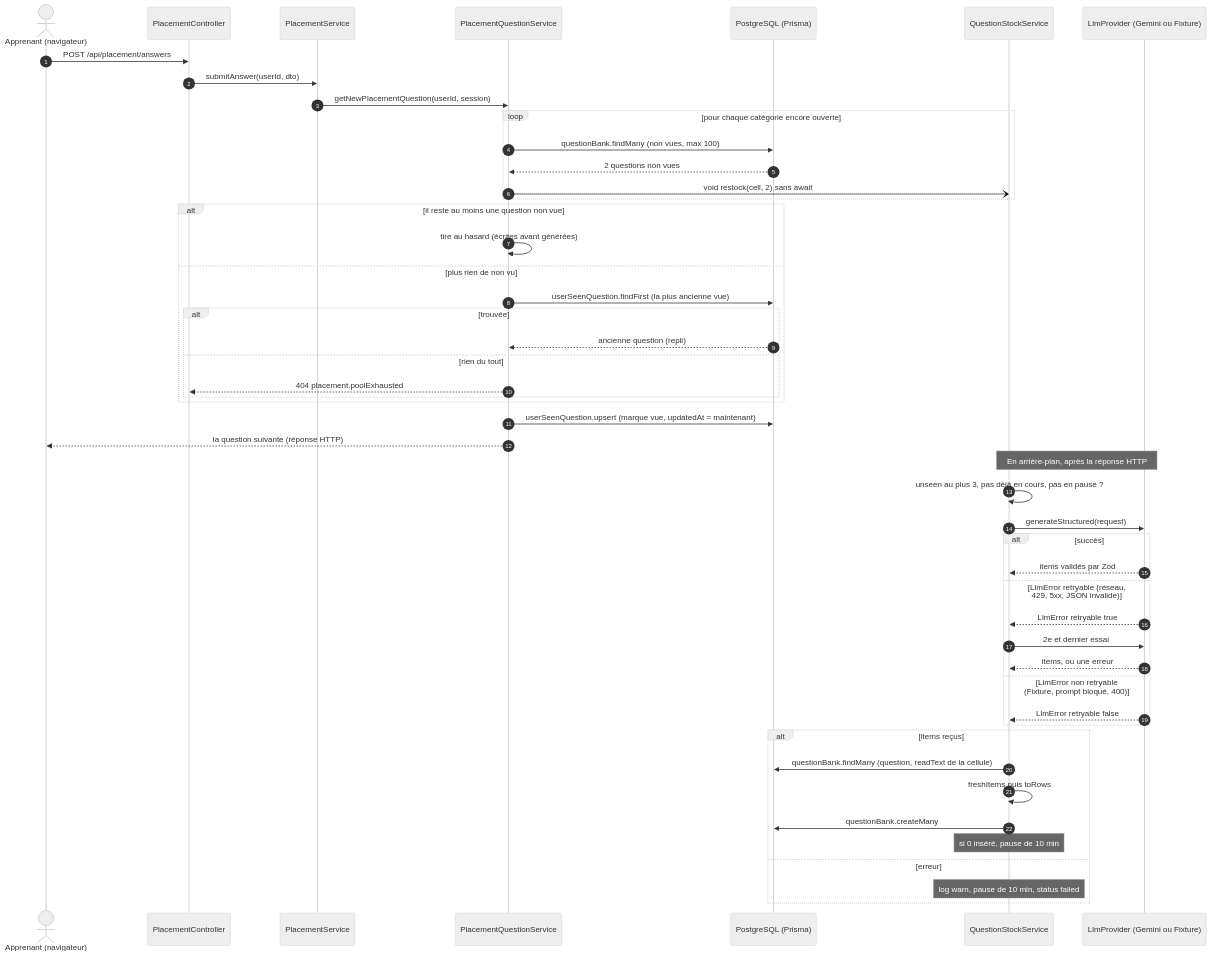
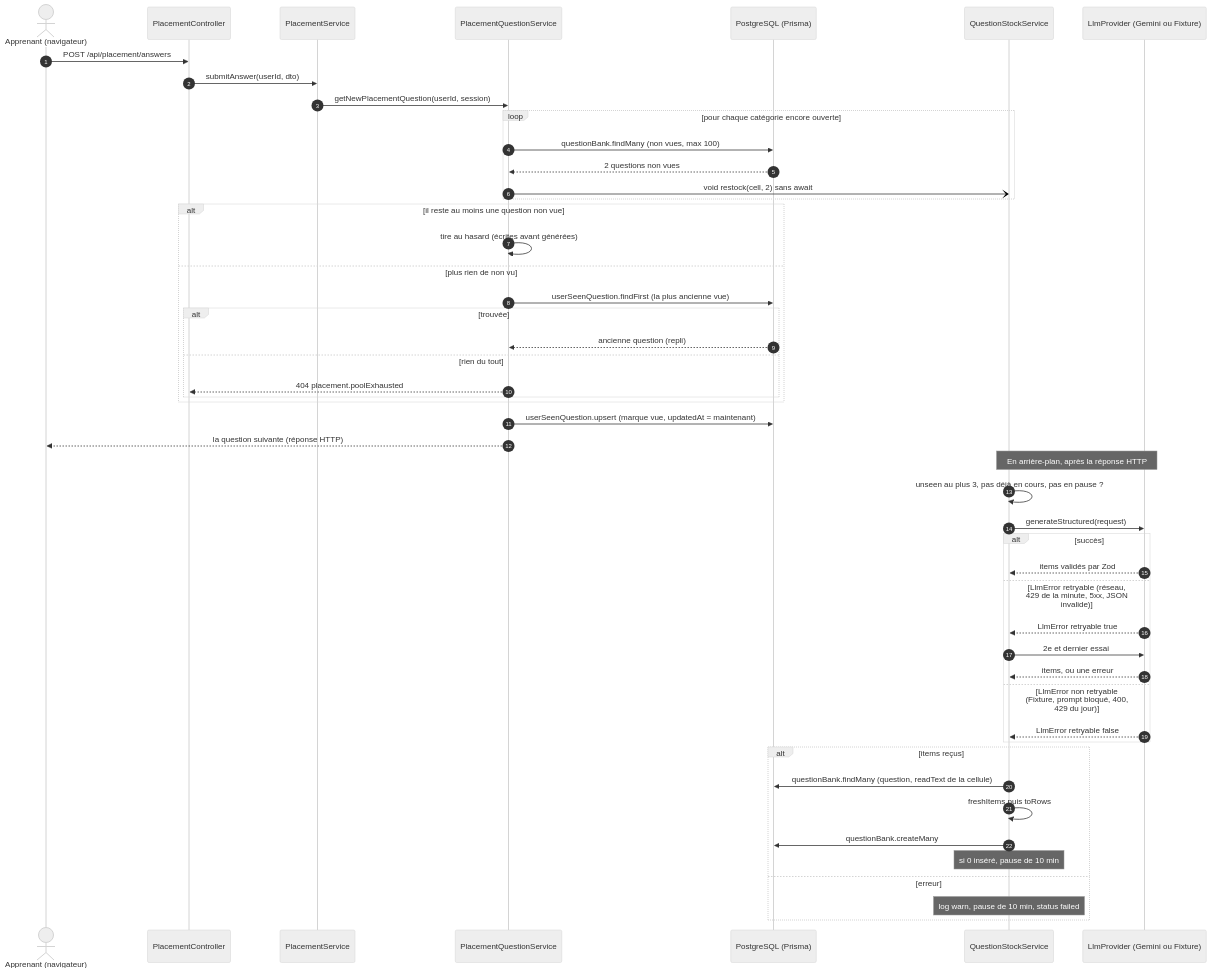
One commit to VictorBro/ft_transcendence changed the second of 4 diagrams in docs/transcendence-course/endrit/llm-question-generation/README.md. Above: the diagram before and after it, drawn with Mermaid (neutral theme). The commit also changed other lines of this file and 223 other files, not shown here.

````diff
--- a/docs/transcendence-course/endrit/llm-question-generation/README.md
+++ b/docs/transcendence-course/endrit/llm-question-generation/README.md
@@ -131,53 +131,53 @@
 ```mermaid
 sequenceDiagram
   autonumber
   actor U as Apprenant (navigateur)
   participant C as PlacementController
   participant PS as PlacementService
   participant PQ as PlacementQuestionService
   participant DB as PostgreSQL (Prisma)
   participant ST as QuestionStockService
   participant L as LlmProvider (Gemini ou Fixture)
 
   U->>C: POST /api/placement/answers
   C->>PS: submitAnswer(userId, dto)
   PS->>PQ: getNewPlacementQuestion(userId, session)
   loop pour chaque catégorie encore ouverte
     PQ->>DB: questionBank.findMany (non vues, max 100)
     DB-->>PQ: 2 questions non vues
     PQ-)ST: void restock(cell, 2) sans await
   end
   alt il reste au moins une question non vue
     PQ->>PQ: tire au hasard (écrites avant générées)
   else plus rien de non vu
     PQ->>DB: userSeenQuestion.findFirst (la plus ancienne vue)
     alt trouvée
       DB-->>PQ: ancienne question (repli)
     else rien du tout
       PQ-->>C: 404 placement.poolExhausted
     end
   end
   PQ->>DB: userSeenQuestion.upsert (marque vue, updatedAt = maintenant)
   PQ-->>U: la question suivante (réponse HTTP)
 
   Note over ST,L: En arrière-plan, après la réponse HTTP
   ST->>ST: unseen au plus 3, pas déjà en cours, pas en pause ?
   ST->>L: generateStructured(request)
   alt succès
     L-->>ST: items validés par Zod
-  else LlmError retryable (réseau, 429, 5xx, JSON invalide)
+  else LlmError retryable (réseau, 429 de la minute, 5xx, JSON invalide)
     L-->>ST: LlmError retryable true
     ST->>L: 2e et dernier essai
     L-->>ST: items, ou une erreur
-  else LlmError non retryable (Fixture, prompt bloqué, 400)
+  else LlmError non retryable (Fixture, prompt bloqué, 400, 429 du jour)
     L-->>ST: LlmError retryable false
   end
   alt items reçus
     ST->>DB: questionBank.findMany (question, readText de la cellule)
     ST->>ST: freshItems puis toRows
     ST->>DB: questionBank.createMany
     Note over ST: si 0 inséré, pause de 10 min
   else erreur
     Note over ST: log warn, pause de 10 min, status failed
   end
 ```
````
